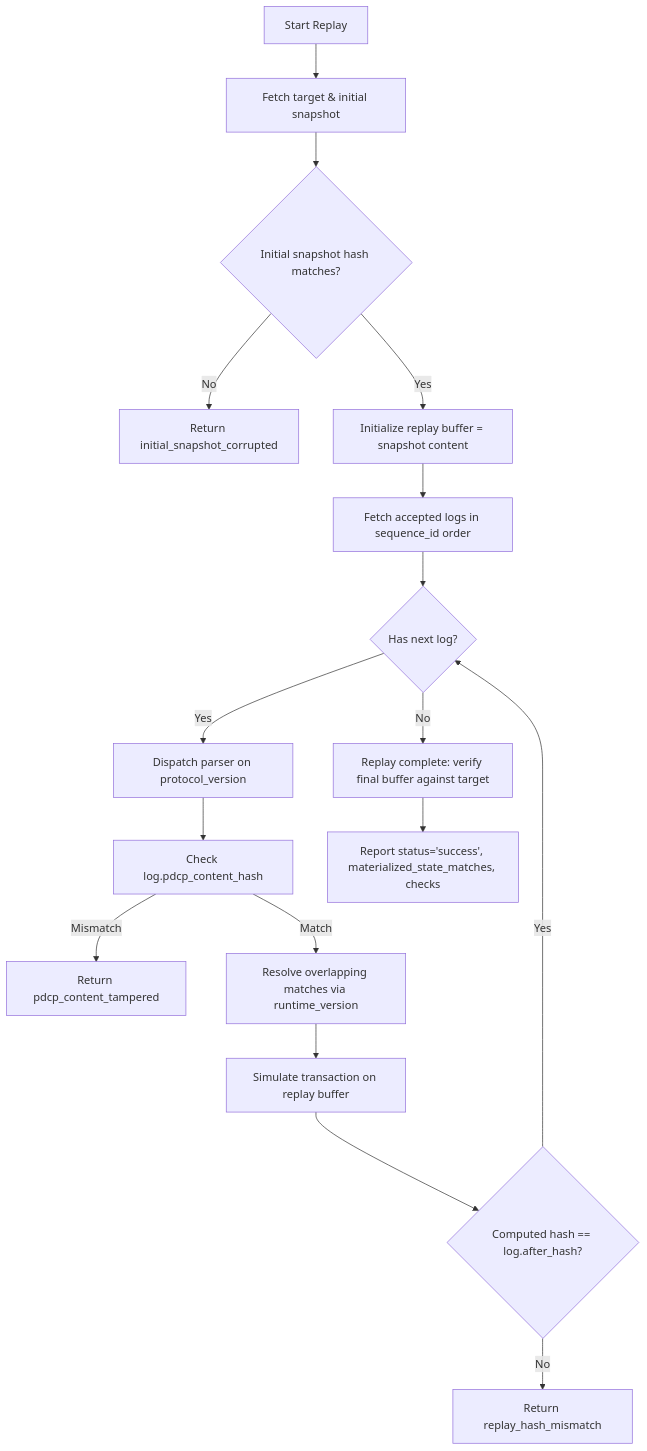
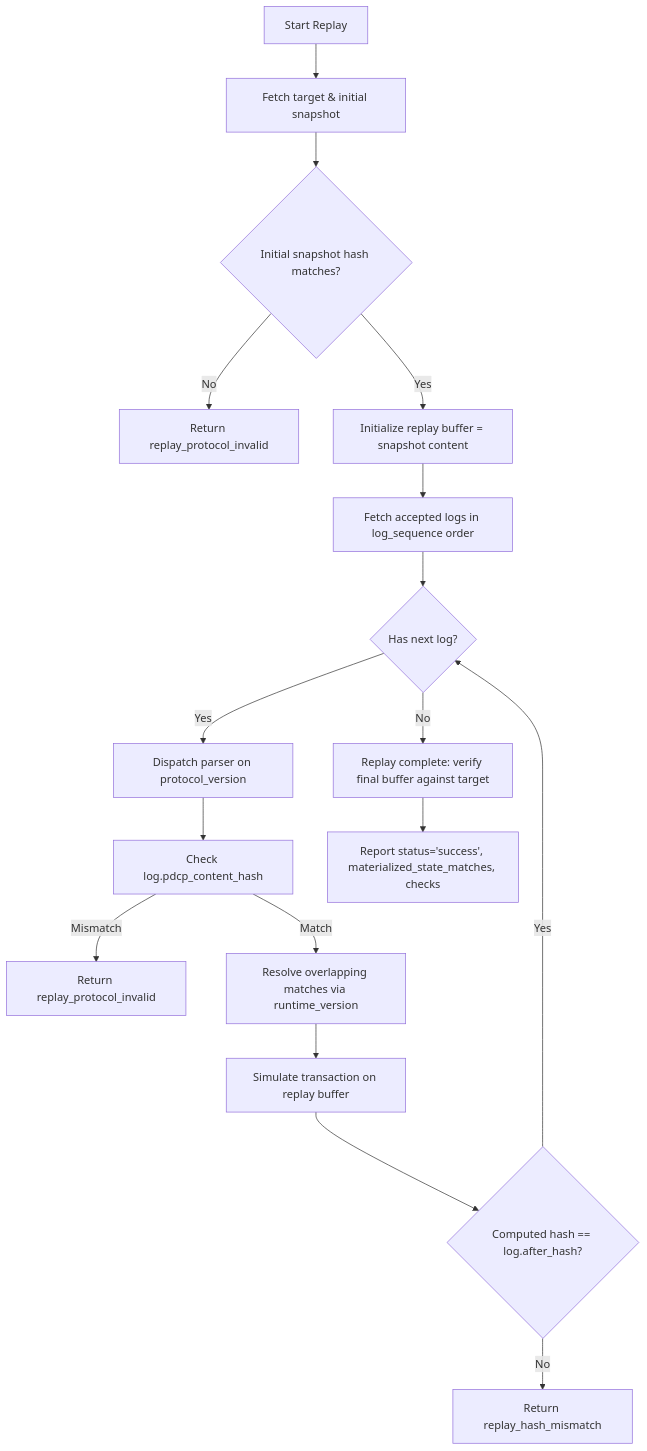
One commit to paragon-ux/Patch-DIFF changed the diagram in .agents/skills/patchdiff-persistence-replay-save/SKILL.md. Above: the diagram before and after it, drawn with Mermaid. The commit also changed other lines of this file and 19 other files, not shown here.

````diff
--- a/.agents/skills/patchdiff-persistence-replay-save/SKILL.md
+++ b/.agents/skills/patchdiff-persistence-replay-save/SKILL.md
@@ -91,19 +91,19 @@
 ```mermaid
 flowchart TD
     A[Start Replay] --> B[Fetch target & initial snapshot]
     B --> C{Initial snapshot hash matches?}
-    C -- No --> F1[Return initial_snapshot_corrupted]
+    C -- No --> F1[Return replay_protocol_invalid]
     C -- Yes --> D[Initialize replay buffer = snapshot content]
-    D --> E[Fetch accepted logs in sequence_id order]
+    D --> E[Fetch accepted logs in log_sequence order]
     E --> G{Has next log?}
     G -- No --> H[Replay complete: verify final buffer against target]
     G -- Yes --> I[Dispatch parser on protocol_version]
     I --> J[Check log.pdcp_content_hash]
-    J -- Mismatch --> F2[Return pdcp_content_tampered]
+    J -- Mismatch --> F2[Return replay_protocol_invalid]
     J -- Match --> K[Resolve overlapping matches via runtime_version]
     K --> L[Simulate transaction on replay buffer]
     L --> M{Computed hash == log.after_hash?}
     M -- No --> F3[Return replay_hash_mismatch]
     M -- Yes --> G
     H --> N[Report status='success', materialized_state_matches, checks]
 ```
````
